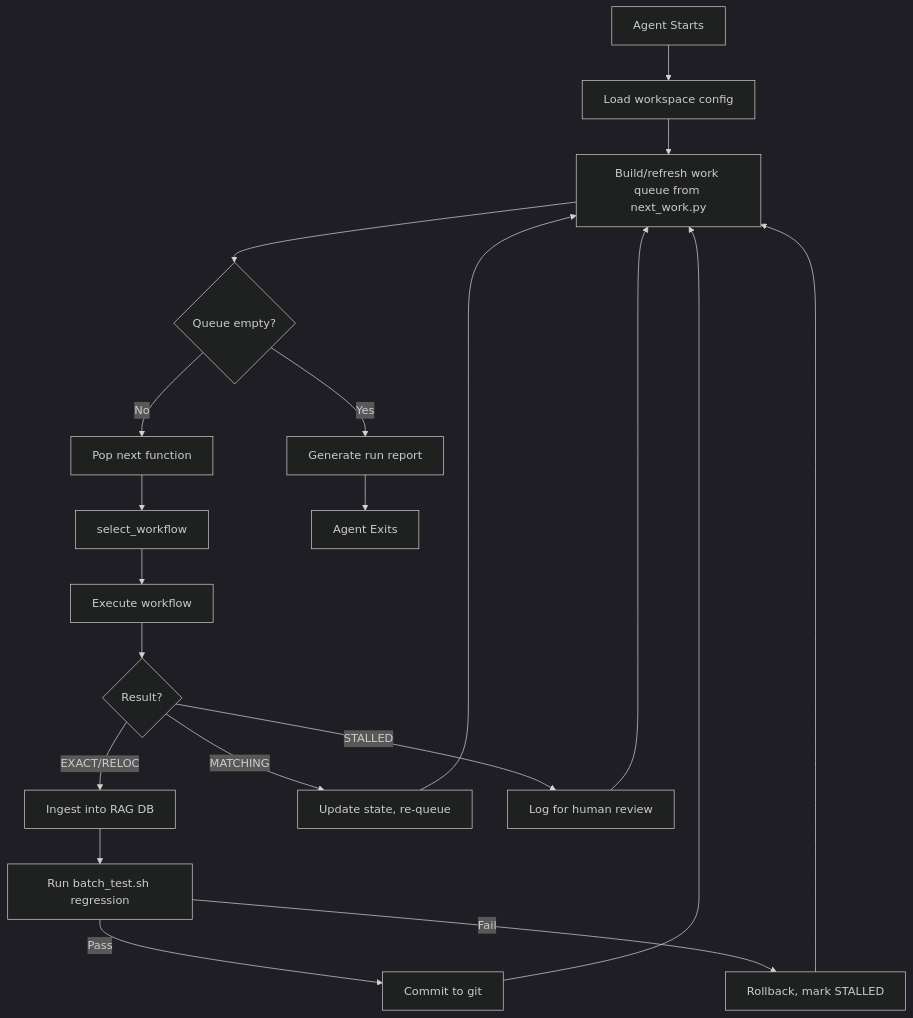
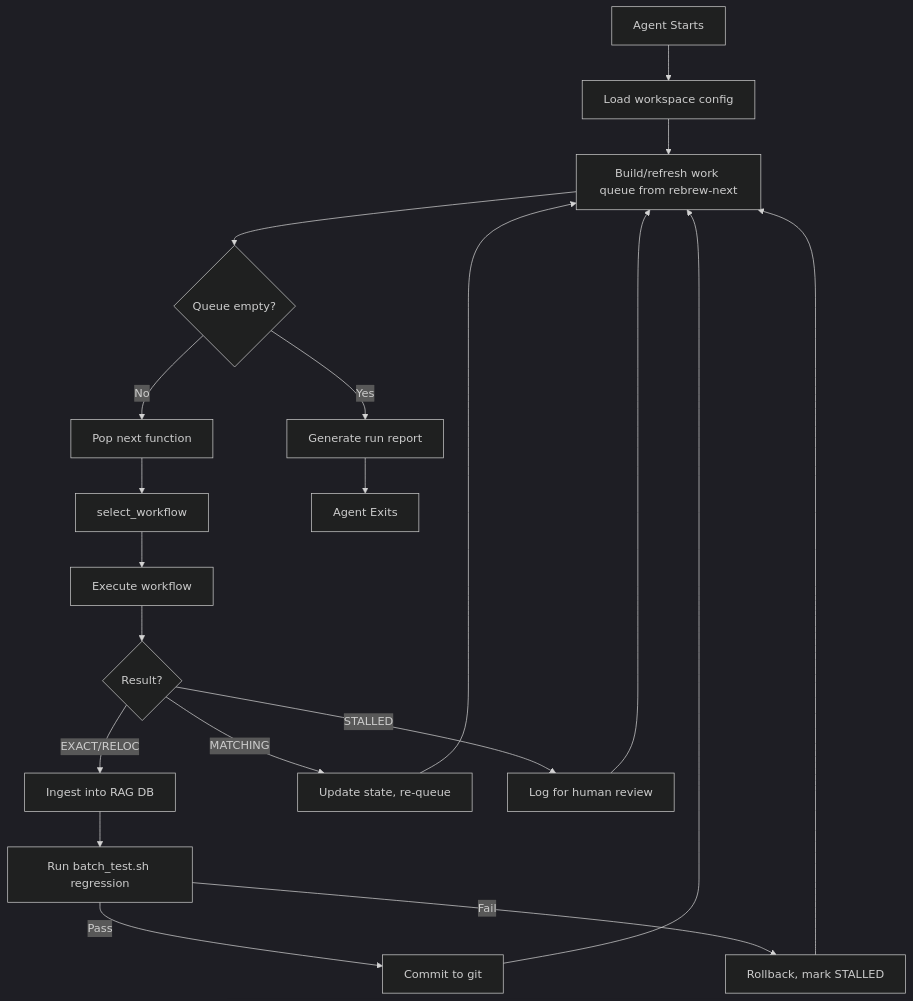
One commit to maci0/rebrew changed the second of 6 diagrams in docs/AGENT_PRD.md. Above: the diagram before and after it, drawn with Mermaid (dark theme). The commit also changed other lines of this file and 77 other files, not shown here.

````diff
--- a/docs/AGENT_PRD.md
+++ b/docs/AGENT_PRD.md
@@ -87,28 +87,28 @@
 ```mermaid
 graph TD
     A[Agent Starts] --> B[Load workspace config]
-    B --> C[Build/refresh work queue from next_work.py]
+    B --> C[Build/refresh work queue from rebrew-next]
     C --> D{Queue empty?}
 
     D -->|Yes| R[Generate run report]
     D -->|No| E[Pop next function]
 
     E --> F[select_workflow]
     F --> G[Execute workflow]
     G --> H{Result?}
 
     H -->|EXACT/RELOC| I[Ingest into RAG DB]
     I --> J[Run batch_test.sh regression]
     J -->|Pass| K[Commit to git]
     J -->|Fail| L[Rollback, mark STALLED]
 
     H -->|MATCHING| M[Update state, re-queue]
     H -->|STALLED| N[Log for human review]
 
     K --> C
     L --> C
     M --> C
     N --> C
 
     R --> Z[Agent Exits]
 ```
````
